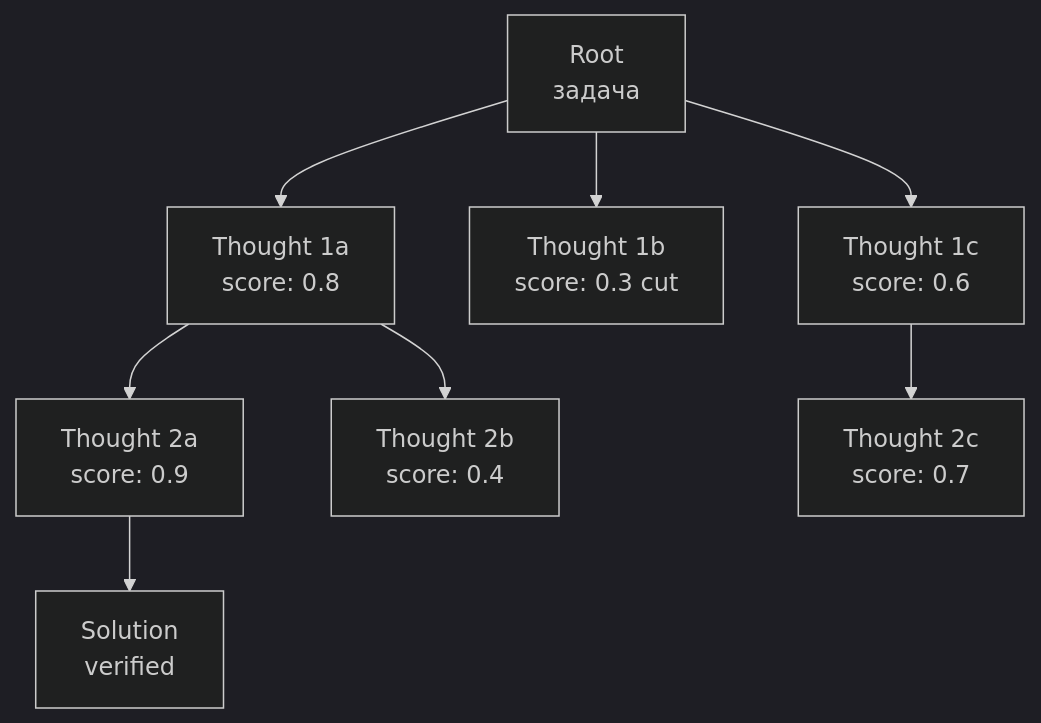
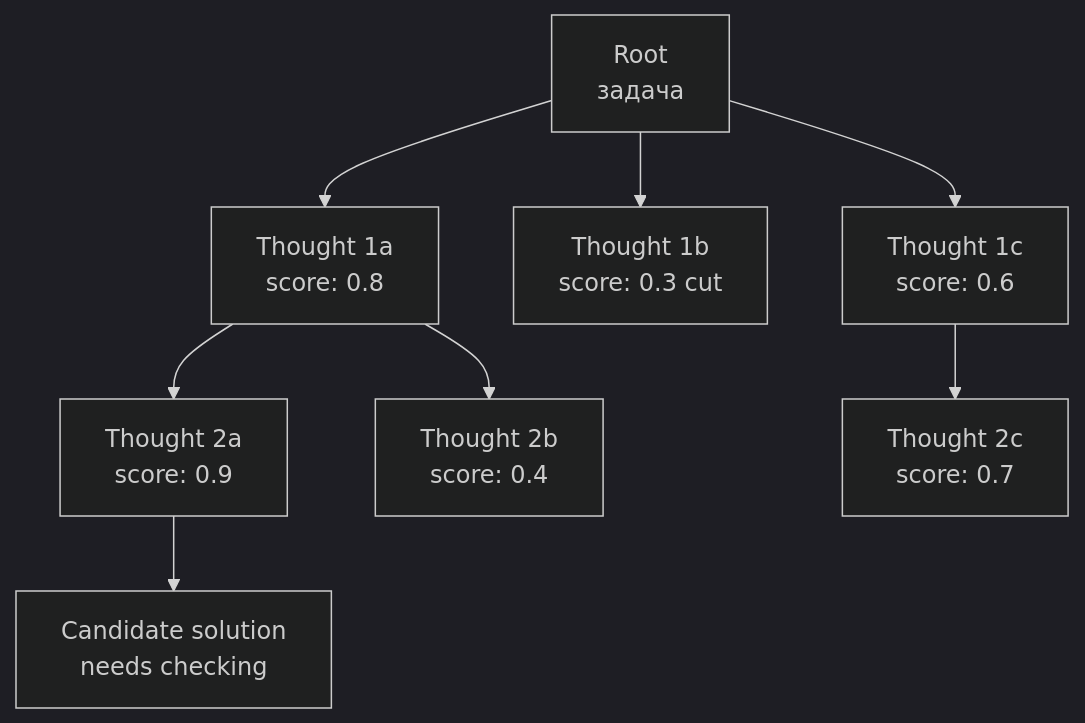
Before and after one commit to akeverus/cheat-sheet: the fifth of 5 diagrams in cheatsheets/interview/ai-ml/agentic-patterns-interview.md, drawn with Mermaid (dark theme). The commit also changed other lines of this file and 10 other files, not shown here.

````diff
--- a/cheatsheets/interview/ai-ml/agentic-patterns-interview.md
+++ b/cheatsheets/interview/ai-ml/agentic-patterns-interview.md
@@ -506,11 +473,11 @@
 ```mermaid
 flowchart TB
     Root["Root<br/>задача"]
     Root --> T1["Thought 1a<br/>score: 0.8"]
     Root --> T2["Thought 1b<br/>score: 0.3 cut"]
     Root --> T3["Thought 1c<br/>score: 0.6"]
     T1 --> T11["Thought 2a<br/>score: 0.9"]
     T1 --> T12["Thought 2b<br/>score: 0.4"]
     T3 --> T31["Thought 2c<br/>score: 0.7"]
-    T11 --> Leaf1["Solution<br/>verified"]
+    T11 --> Leaf1["Candidate solution<br/>needs checking"]
 ```
````
